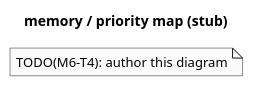
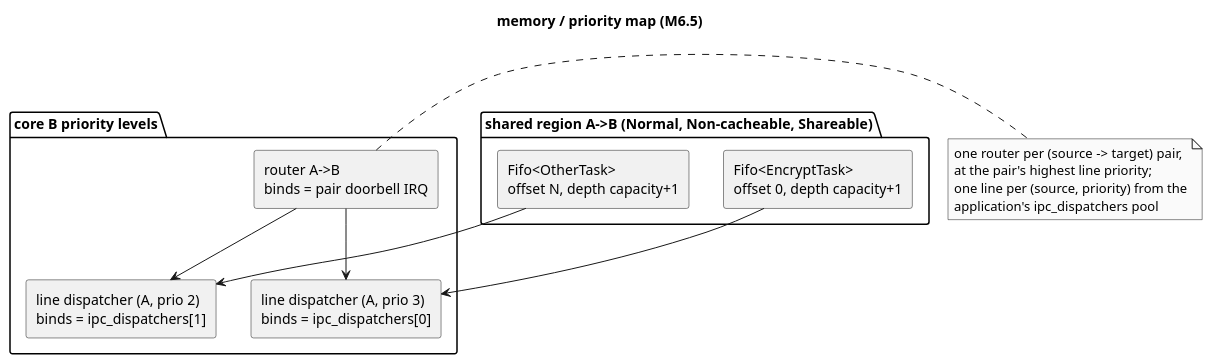
The diagram in experiments/multibinary/docs/diagrams/04-memory-priority-map.puml (rticx-rs/rticx), drawn with PlantUML before and after one commit. The commit also changed 19 other files, not shown here.

```diff
--- a/experiments/multibinary/docs/diagrams/04-memory-priority-map.puml
+++ b/experiments/multibinary/docs/diagrams/04-memory-priority-map.puml
@@ -1,14 +1,35 @@
 @startuml 04-memory-priority-map
-' Diagram 4 — Memory/priority map: per-task FIFOs, priority lines, doorbells.
+' Diagram 4 — Memory/priority map: per-task FIFOs in the A->B region, the
+' ipc_dispatchers pool and the per-pair routers (M6.5).
 ' Source of truth: docs/architecture.md §6–§7, plan §7.2 §9.
-' TODO(M6-T4): author this diagram.
 
-title memory / priority map (stub)
+title memory / priority map (M6.5)
 
 skinparam shadowing false
 skinparam monochrome true
 skinparam defaultFontName monospace
 
-note "TODO(M6-T4): author this diagram" as todo
+package "shared region A->B (Normal, Non-cacheable, Shareable)" {
+  rectangle "Fifo<EncryptTask>\noffset 0, depth capacity+1" as F1
+  rectangle "Fifo<OtherTask>\noffset N, depth capacity+1" as F2
+}
+
+package "core B priority levels" {
+  rectangle "router A->B\nbinds = pair doorbell IRQ" as R
+  rectangle "line dispatcher (A, prio 3)\nbinds = ipc_dispatchers[0]" as D1
+  rectangle "line dispatcher (A, prio 2)\nbinds = ipc_dispatchers[1]" as D2
+}
+
+F1 --> D1
+F2 --> D2
+R --> D1
+R --> D2
+
+note right of R
+  one router per (source -> target) pair,
+  at the pair's highest line priority;
+  one line per (source, priority) from the
+  application's ipc_dispatchers pool
+end note
 
 @enduml
```
